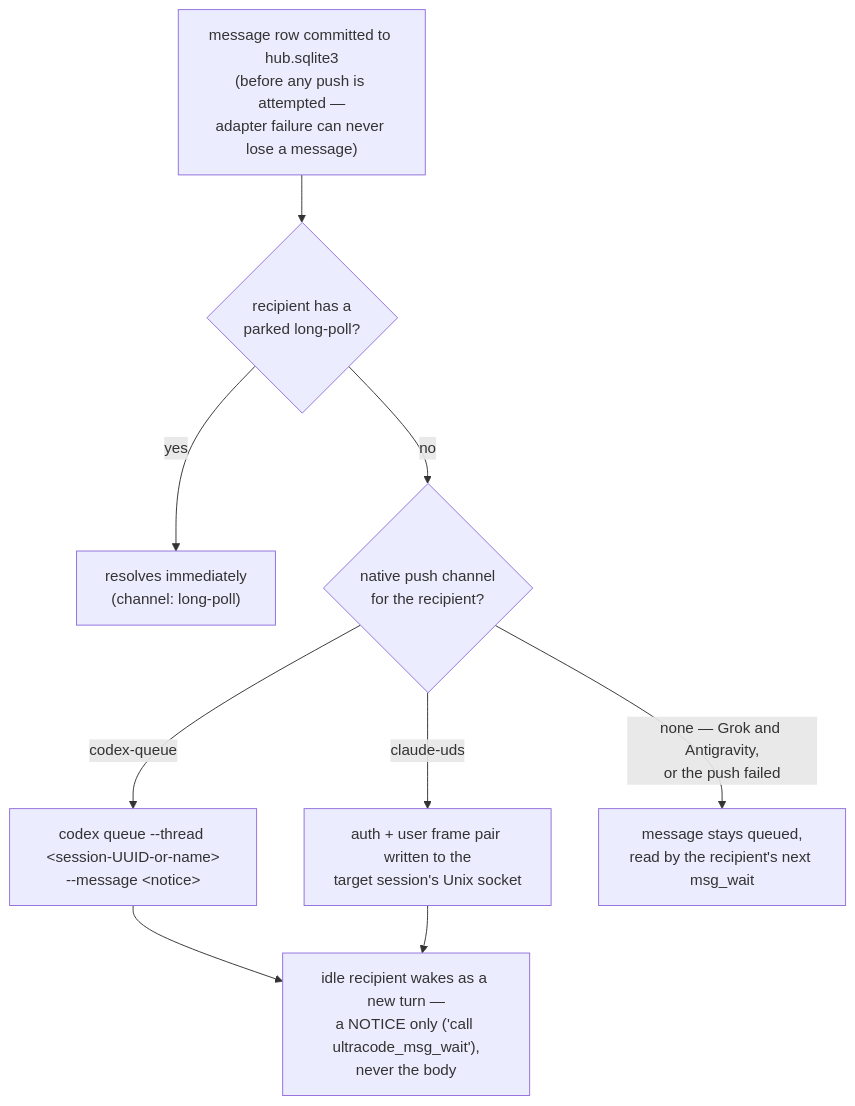
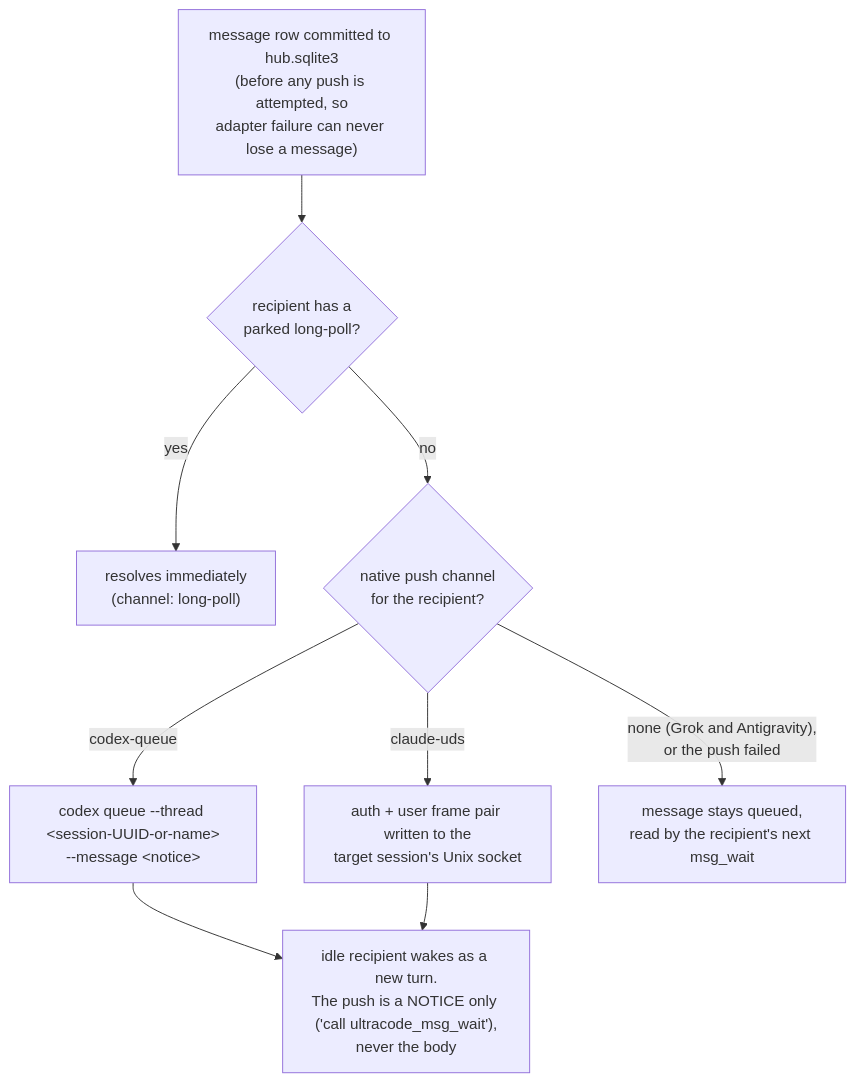
Before and after one commit to diepquynh/ultracode: the second of 4 diagrams in docs/hub.md, drawn with Mermaid. The commit also changed other lines of this file and 36 other files, not shown here.

````diff
--- a/docs/hub.md
+++ b/docs/hub.md
@@ -88,11 +88,11 @@
 ```mermaid
 flowchart TD
-    COMMIT["message row committed to hub.sqlite3<br/>(before any push is attempted —<br/>adapter failure can never lose a message)"] --> PARKED{"recipient has a<br/>parked long-poll?"}
+    COMMIT["message row committed to hub.sqlite3<br/>(before any push is attempted, so<br/>adapter failure can never lose a message)"] --> PARKED{"recipient has a<br/>parked long-poll?"}
     PARKED -- yes --> LP["resolves immediately<br/>(channel: long-poll)"]
     PARKED -- no --> NATIVE{"native push channel<br/>for the recipient?"}
     NATIVE -- codex-queue --> CQ["codex queue --thread &lt;session-UUID-or-name&gt;<br/>--message &lt;notice&gt;"]
     NATIVE -- claude-uds --> CU["auth + user frame pair written to the<br/>target session's Unix socket"]
     CQ --> WOKE
-    CU --> WOKE["idle recipient wakes as a new turn —<br/>a NOTICE only ('call ultracode_msg_wait'),<br/>never the body"]
-    NATIVE -- "none — Grok and Antigravity,<br/>or the push failed" --> QUEUED["message stays queued,<br/>read by the recipient's next msg_wait"]
+    CU --> WOKE["idle recipient wakes as a new turn.<br/>The push is a NOTICE only ('call ultracode_msg_wait'),<br/>never the body"]
+    NATIVE -- "none (Grok and Antigravity),<br/>or the push failed" --> QUEUED["message stays queued,<br/>read by the recipient's next msg_wait"]
 ```
````
